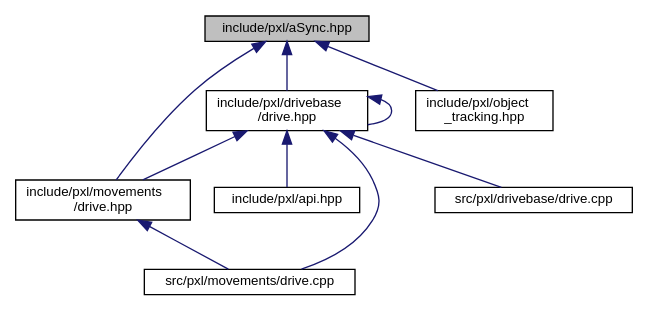
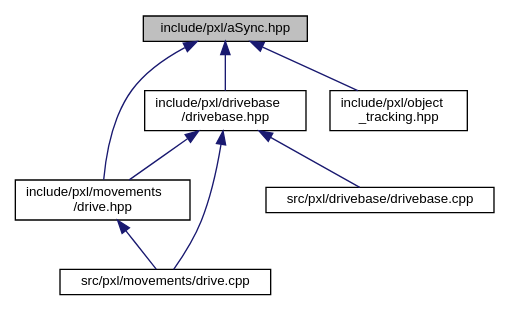
Before and after one commit to Pixel-Lib/Pixel: the diagram in aSync_8hpp__dep__incl.dot, drawn with Graphviz. The commit also changed 130 other files, not shown here.

```diff
--- a/aSync_8hpp__dep__incl.dot
+++ b/aSync_8hpp__dep__incl.dot
@@ -1,22 +1,19 @@
 digraph "include/pxl/aSync.hpp"
 {
  // LATEX_PDF_SIZE
   edge [fontname="Helvetica",fontsize="10",labelfontname="Helvetica",labelfontsize="10"];
   node [fontname="Helvetica",fontsize="10",shape=record];
   Node1 [label="include/pxl/aSync.hpp",height=0.2,width=0.4,color="black", fillcolor="grey75", style="filled", fontcolor="black",tooltip=" "];
   Node1 -> Node2 [dir="back",color="midnightblue",fontsize="10",style="solid",fontname="Helvetica"];
-  Node2 [label="include/pxl/drivebase\l/drive.hpp",height=0.2,width=0.4,color="black", fillcolor="white", style="filled",URL="$drivebase_2drive_8hpp.html",tooltip=" "];
+  Node2 [label="include/pxl/drivebase\l/drivebase.hpp",height=0.2,width=0.4,color="black", fillcolor="white", style="filled",URL="$drivebase_8hpp.html",tooltip=" "];
   Node2 -> Node3 [dir="back",color="midnightblue",fontsize="10",style="solid",fontname="Helvetica"];
-  Node3 [label="include/pxl/api.hpp",height=0.2,width=0.4,color="black", fillcolor="white", style="filled",URL="$api_8hpp.html",tooltip=" "];
-  Node2 -> Node2 [dir="back",color="midnightblue",fontsize="10",style="solid",fontname="Helvetica"];
+  Node3 [label="include/pxl/movements\l/drive.hpp",height=0.2,width=0.4,color="black", fillcolor="white", style="filled",URL="$drive_8hpp.html",tooltip=" "];
+  Node3 -> Node4 [dir="back",color="midnightblue",fontsize="10",style="solid",fontname="Helvetica"];
+  Node4 [label="src/pxl/movements/drive.cpp",height=0.2,width=0.4,color="black", fillcolor="white", style="filled",URL="$drive_8cpp.html",tooltip=" "];
+  Node2 -> Node5 [dir="back",color="midnightblue",fontsize="10",style="solid",fontname="Helvetica"];
+  Node5 [label="src/pxl/drivebase/drivebase.cpp",height=0.2,width=0.4,color="black", fillcolor="white", style="filled",URL="$drivebase_8cpp.html",tooltip=" "];
   Node2 -> Node4 [dir="back",color="midnightblue",fontsize="10",style="solid",fontname="Helvetica"];
-  Node4 [label="include/pxl/movements\l/drive.hpp",height=0.2,width=0.4,color="black", fillcolor="white", style="filled",URL="$movements_2drive_8hpp.html",tooltip=" "];
-  Node4 -> Node5 [dir="back",color="midnightblue",fontsize="10",style="solid",fontname="Helvetica"];
-  Node5 [label="src/pxl/movements/drive.cpp",height=0.2,width=0.4,color="black", fillcolor="white", style="filled",URL="$movements_2drive_8cpp.html",tooltip=" "];
-  Node2 -> Node6 [dir="back",color="midnightblue",fontsize="10",style="solid",fontname="Helvetica"];
-  Node6 [label="src/pxl/drivebase/drive.cpp",height=0.2,width=0.4,color="black", fillcolor="white", style="filled",URL="$drivebase_2drive_8cpp.html",tooltip=" "];
-  Node2 -> Node5 [dir="back",color="midnightblue",fontsize="10",style="solid",fontname="Helvetica"];
-  Node1 -> Node4 [dir="back",color="midnightblue",fontsize="10",style="solid",fontname="Helvetica"];
-  Node1 -> Node7 [dir="back",color="midnightblue",fontsize="10",style="solid",fontname="Helvetica"];
-  Node7 [label="include/pxl/object\l_tracking.hpp",height=0.2,width=0.4,color="black", fillcolor="white", style="filled",URL="$object__tracking_8hpp.html",tooltip=" "];
+  Node1 -> Node3 [dir="back",color="midnightblue",fontsize="10",style="solid",fontname="Helvetica"];
+  Node1 -> Node6 [dir="back",color="midnightblue",fontsize="10",style="solid",fontname="Helvetica"];
+  Node6 [label="include/pxl/object\l_tracking.hpp",height=0.2,width=0.4,color="black", fillcolor="white", style="filled",URL="$object__tracking_8hpp.html",tooltip=" "];
 }
```
